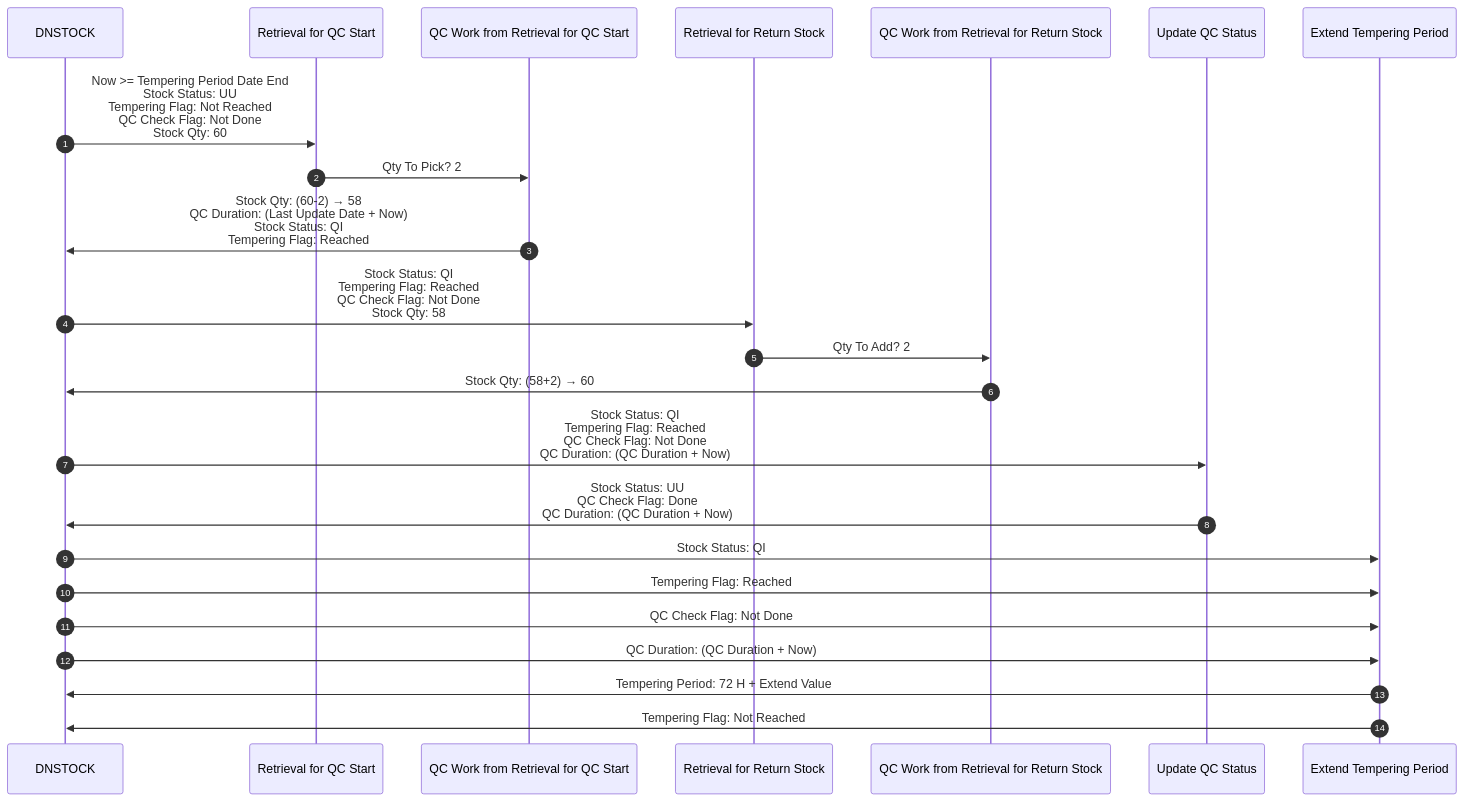
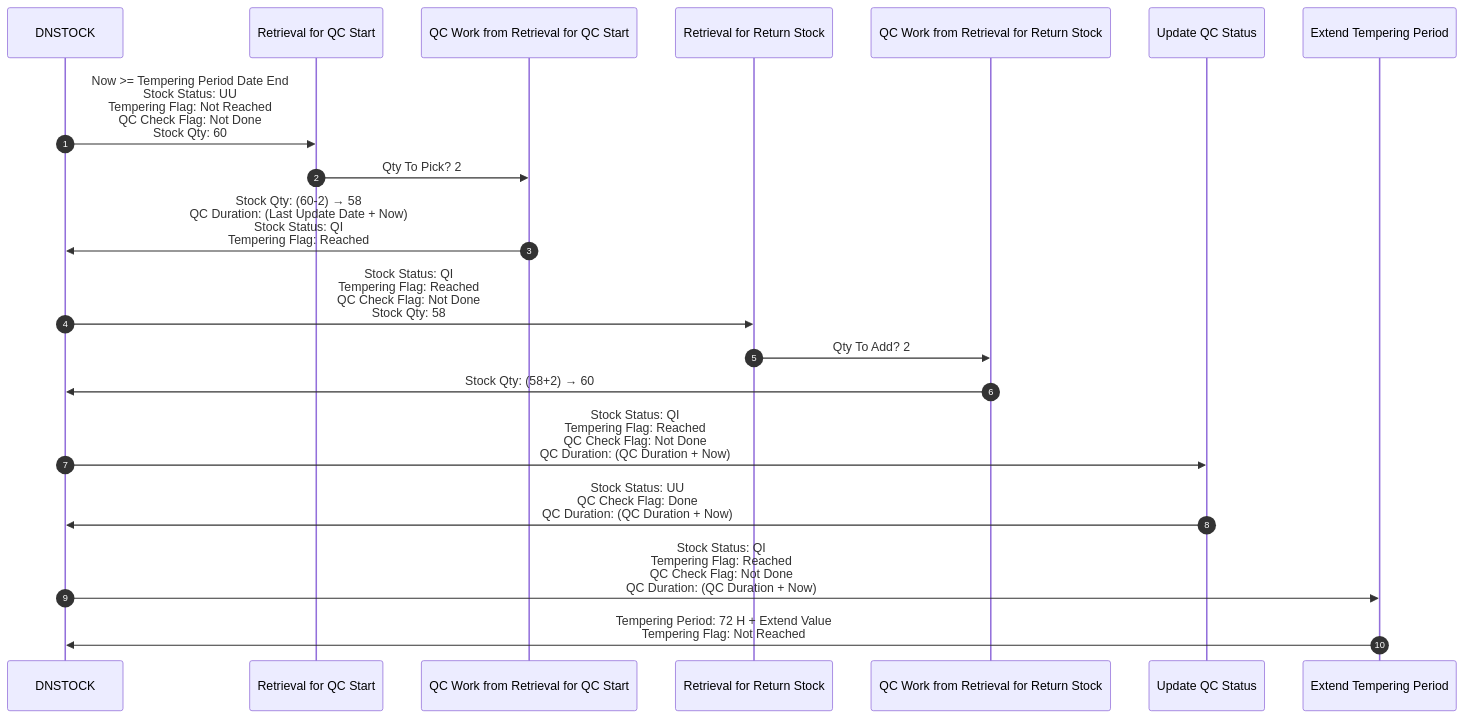
The diagram in Basic-Design/DFD-WMS/Retrieval/QC-Setting.md (luthfiadityaa/SimeDarby-Wiki), drawn with Mermaid before and after one commit.

Commit message:
Updated QC Setting

```diff
--- a/Basic-Design/DFD-WMS/Retrieval/QC-Setting.md
+++ b/Basic-Design/DFD-WMS/Retrieval/QC-Setting.md
@@ -18,44 +18,40 @@
 ::: mermaid
 sequenceDiagram
     autonumber
 
     participant DNSTOCK
     participant Retrieval for QC Start
     participant QC Work from Retrieval for QC Start
     participant Retrieval for Return Stock
     participant QC Work from Retrieval for Return Stock
     participant Update QC Status
     participant Extend Tempering Period
 
     %% --- 1. DNSTOCK ---
     DNSTOCK ->> Retrieval for QC Start: Now >= Tempering Period Date End <br> Stock Status: UU <br> Tempering Flag: Not Reached <br> QC Check Flag: Not Done <br> Stock Qty: 60
 
 
     %% --- 2. Retrieval for QC Start ---
     Retrieval for QC Start ->> QC Work from Retrieval for QC Start: Qty To Pick?  2
 
     %% --- 3. QC Work from Retrieval for QC Start ---
     QC Work from Retrieval for QC Start ->> DNSTOCK: Stock Qty: (60-2) → 58 <br> QC Duration: (Last Update Date + Now) <br> Stock Status: QI <br> Tempering Flag: Reached
 
     %% --- 4. Retrieval for Return Stock ---
     DNSTOCK ->> Retrieval for Return Stock: Stock Status: QI <br> Tempering Flag: Reached <br> QC Check Flag: Not Done <br> Stock Qty: 58
 
     Retrieval for Return Stock ->> QC Work from Retrieval for Return Stock: Qty To Add?  2
 
     %% --- 5. QC Work from Retrieval for Return Stock ---
     QC Work from Retrieval for Return Stock ->> DNSTOCK: Stock Qty: (58+2) → 60
 
     %% --- 6. Update QC Status ---
     DNSTOCK ->> Update QC Status: Stock Status: QI <br> Tempering Flag: Reached <br> QC Check Flag: Not Done <br> QC Duration: (QC Duration + Now)
     
     Update QC Status ->> DNSTOCK: Stock Status: UU <br> QC Check Flag: Done <br> QC Duration: (QC Duration + Now)
 
     %% --- 7. Extend Tempering Period ---
-    DNSTOCK ->> Extend Tempering Period: Stock Status: QI  
-    DNSTOCK ->> Extend Tempering Period: Tempering Flag: Reached 
-    DNSTOCK ->> Extend Tempering Period: QC Check Flag: Not Done
-    DNSTOCK ->> Extend Tempering Period: QC Duration: (QC Duration + Now)
+    DNSTOCK ->> Extend Tempering Period: Stock Status: QI <br> Tempering Flag: Reached <br> QC Check Flag: Not Done <br> QC Duration: (QC Duration + Now)
 
-    Extend Tempering Period ->> DNSTOCK: Tempering Period: 72 H + Extend Value
-    Extend Tempering Period ->> DNSTOCK: Tempering Flag: Not Reached
+    Extend Tempering Period ->> DNSTOCK: Tempering Period: 72 H + Extend Value <br> Tempering Flag: Not Reached
 :::
```
